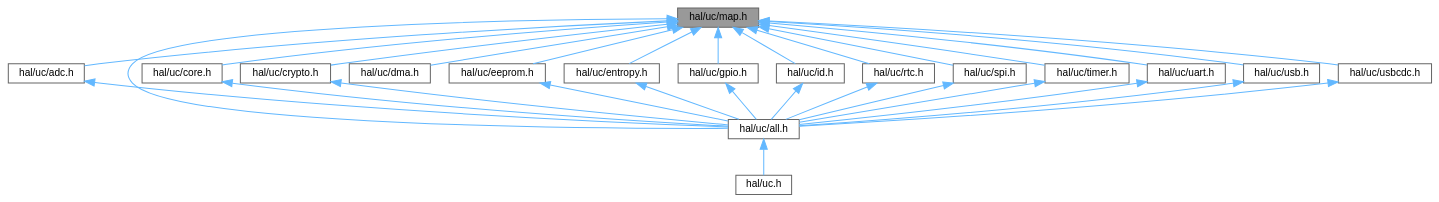
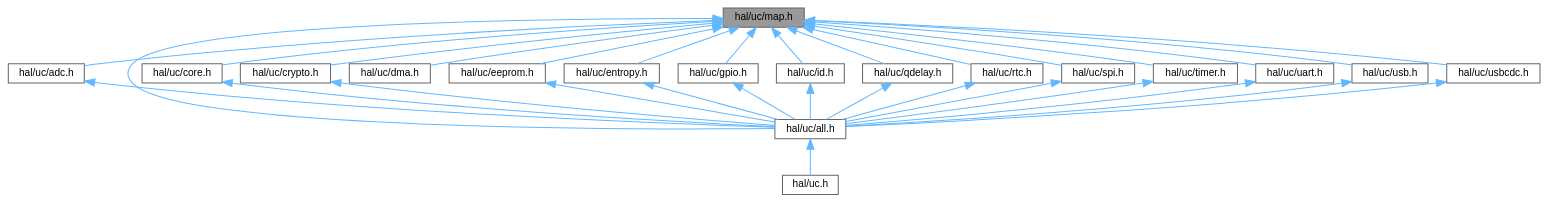
The diagram in map_8h__dep__incl.dot (ebs-universe/piolib-hal-uc), drawn with Graphviz before and after one commit. The commit also changed 188 other files, not shown here.

```diff
--- a/map_8h__dep__incl.dot
+++ b/map_8h__dep__incl.dot
@@ -1,54 +1,57 @@
 digraph "hal/uc/map.h"
 {
  // INTERACTIVE_SVG=YES
  // LATEX_PDF_SIZE
   bgcolor="transparent";
   edge [fontname=Helvetica,fontsize=10,labelfontname=Helvetica,labelfontsize=10];
   node [fontname=Helvetica,fontsize=10,shape=box,height=0.2,width=0.4];
   Node1 [id="Node000001",label="hal/uc/map.h",height=0.2,width=0.4,color="gray40", fillcolor="grey60", style="filled", fontcolor="black",tooltip="HAL for uC Peripheral Map."];
   Node1 -> Node2 [id="edge1_Node000001_Node000002",dir="back",color="steelblue1",style="solid",tooltip=" "];
   Node2 [id="Node000002",label="hal/uc/adc.h",height=0.2,width=0.4,color="grey40", fillcolor="white", style="filled",URL="$uc_2adc_8h.html",tooltip="HAL for uC Internal ADC interfaces."];
   Node2 -> Node3 [id="edge2_Node000002_Node000003",dir="back",color="steelblue1",style="solid",tooltip=" "];
   Node3 [id="Node000003",label="hal/uc/all.h",height=0.2,width=0.4,color="grey40", fillcolor="white", style="filled",URL="$uc_2all_8h.html",tooltip=" "];
   Node3 -> Node4 [id="edge3_Node000003_Node000004",dir="back",color="steelblue1",style="solid",tooltip=" "];
   Node4 [id="Node000004",label="hal/uc.h",height=0.2,width=0.4,color="grey40", fillcolor="white", style="filled",URL="$uc_8h.html",tooltip=" "];
   Node1 -> Node3 [id="edge4_Node000001_Node000003",dir="back",color="steelblue1",style="solid",tooltip=" "];
   Node1 -> Node5 [id="edge5_Node000001_Node000005",dir="back",color="steelblue1",style="solid",tooltip=" "];
   Node5 [id="Node000005",label="hal/uc/core.h",height=0.2,width=0.4,color="grey40", fillcolor="white", style="filled",URL="$core_8h.html",tooltip="HAL for uC Core peripherals."];
   Node5 -> Node3 [id="edge6_Node000005_Node000003",dir="back",color="steelblue1",style="solid",tooltip=" "];
   Node1 -> Node6 [id="edge7_Node000001_Node000006",dir="back",color="steelblue1",style="solid",tooltip=" "];
   Node6 [id="Node000006",label="hal/uc/crypto.h",height=0.2,width=0.4,color="grey40", fillcolor="white", style="filled",URL="$uc_2crypto_8h.html",tooltip=" "];
   Node6 -> Node3 [id="edge8_Node000006_Node000003",dir="back",color="steelblue1",style="solid",tooltip=" "];
   Node1 -> Node7 [id="edge9_Node000001_Node000007",dir="back",color="steelblue1",style="solid",tooltip=" "];
   Node7 [id="Node000007",label="hal/uc/dma.h",height=0.2,width=0.4,color="grey40", fillcolor="white", style="filled",URL="$uc_2dma_8h.html",tooltip="HAL for DMA."];
   Node1 -> Node8 [id="edge10_Node000001_Node000008",dir="back",color="steelblue1",style="solid",tooltip=" "];
   Node8 [id="Node000008",label="hal/uc/eeprom.h",height=0.2,width=0.4,color="grey40", fillcolor="white", style="filled",URL="$eeprom_8h.html",tooltip="HAL for uC EEPROM peripherals."];
   Node8 -> Node3 [id="edge11_Node000008_Node000003",dir="back",color="steelblue1",style="solid",tooltip=" "];
   Node1 -> Node9 [id="edge12_Node000001_Node000009",dir="back",color="steelblue1",style="solid",tooltip=" "];
   Node9 [id="Node000009",label="hal/uc/entropy.h",height=0.2,width=0.4,color="grey40", fillcolor="white", style="filled",URL="$entropy_8h.html",tooltip="HAL for uC entropy source."];
   Node9 -> Node3 [id="edge13_Node000009_Node000003",dir="back",color="steelblue1",style="solid",tooltip=" "];
   Node1 -> Node10 [id="edge14_Node000001_Node000010",dir="back",color="steelblue1",style="solid",tooltip=" "];
   Node10 [id="Node000010",label="hal/uc/gpio.h",height=0.2,width=0.4,color="grey40", fillcolor="white", style="filled",URL="$gpio_8h.html",tooltip="HAL for uC GPIOs."];
   Node10 -> Node3 [id="edge15_Node000010_Node000003",dir="back",color="steelblue1",style="solid",tooltip=" "];
   Node1 -> Node11 [id="edge16_Node000001_Node000011",dir="back",color="steelblue1",style="solid",tooltip=" "];
   Node11 [id="Node000011",label="hal/uc/id.h",height=0.2,width=0.4,color="grey40", fillcolor="white", style="filled",URL="$id_8h.html",tooltip="HAL for uC ID."];
   Node11 -> Node3 [id="edge17_Node000011_Node000003",dir="back",color="steelblue1",style="solid",tooltip=" "];
   Node1 -> Node12 [id="edge18_Node000001_Node000012",dir="back",color="steelblue1",style="solid",tooltip=" "];
-  Node12 [id="Node000012",label="hal/uc/rtc.h",height=0.2,width=0.4,color="grey40", fillcolor="white", style="filled",URL="$uc_2rtc_8h.html",tooltip="HAL for uC RTCs."];
+  Node12 [id="Node000012",label="hal/uc/qdelay.h",height=0.2,width=0.4,color="grey40", fillcolor="white", style="filled",URL="$uc_2qdelay_8h.html",tooltip="HAL for Quick Delay."];
   Node12 -> Node3 [id="edge19_Node000012_Node000003",dir="back",color="steelblue1",style="solid",tooltip=" "];
   Node1 -> Node13 [id="edge20_Node000001_Node000013",dir="back",color="steelblue1",style="solid",tooltip=" "];
-  Node13 [id="Node000013",label="hal/uc/spi.h",height=0.2,width=0.4,color="grey40", fillcolor="white", style="filled",URL="$spi_8h.html",tooltip="HAL for SPI interfaces."];
+  Node13 [id="Node000013",label="hal/uc/rtc.h",height=0.2,width=0.4,color="grey40", fillcolor="white", style="filled",URL="$uc_2rtc_8h.html",tooltip="HAL for uC RTCs."];
   Node13 -> Node3 [id="edge21_Node000013_Node000003",dir="back",color="steelblue1",style="solid",tooltip=" "];
   Node1 -> Node14 [id="edge22_Node000001_Node000014",dir="back",color="steelblue1",style="solid",tooltip=" "];
-  Node14 [id="Node000014",label="hal/uc/timer.h",height=0.2,width=0.4,color="grey40", fillcolor="white", style="filled",URL="$uc_2timer_8h.html",tooltip="HAL for uC Timers."];
+  Node14 [id="Node000014",label="hal/uc/spi.h",height=0.2,width=0.4,color="grey40", fillcolor="white", style="filled",URL="$spi_8h.html",tooltip="HAL for SPI interfaces."];
   Node14 -> Node3 [id="edge23_Node000014_Node000003",dir="back",color="steelblue1",style="solid",tooltip=" "];
   Node1 -> Node15 [id="edge24_Node000001_Node000015",dir="back",color="steelblue1",style="solid",tooltip=" "];
-  Node15 [id="Node000015",label="hal/uc/uart.h",height=0.2,width=0.4,color="grey40", fillcolor="white", style="filled",URL="$uc_2uart_8h.html",tooltip=" "];
+  Node15 [id="Node000015",label="hal/uc/timer.h",height=0.2,width=0.4,color="grey40", fillcolor="white", style="filled",URL="$uc_2timer_8h.html",tooltip="HAL for uC Timers."];
   Node15 -> Node3 [id="edge25_Node000015_Node000003",dir="back",color="steelblue1",style="solid",tooltip=" "];
   Node1 -> Node16 [id="edge26_Node000001_Node000016",dir="back",color="steelblue1",style="solid",tooltip=" "];
-  Node16 [id="Node000016",label="hal/uc/usb.h",height=0.2,width=0.4,color="grey40", fillcolor="white", style="filled",URL="$usb_8h.html",tooltip="HAL for USB interface."];
+  Node16 [id="Node000016",label="hal/uc/uart.h",height=0.2,width=0.4,color="grey40", fillcolor="white", style="filled",URL="$uc_2uart_8h.html",tooltip=" "];
   Node16 -> Node3 [id="edge27_Node000016_Node000003",dir="back",color="steelblue1",style="solid",tooltip=" "];
   Node1 -> Node17 [id="edge28_Node000001_Node000017",dir="back",color="steelblue1",style="solid",tooltip=" "];
-  Node17 [id="Node000017",label="hal/uc/usbcdc.h",height=0.2,width=0.4,color="grey40", fillcolor="white", style="filled",URL="$usbcdc_8h.html",tooltip="HAL for USB CDC interface."];
+  Node17 [id="Node000017",label="hal/uc/usb.h",height=0.2,width=0.4,color="grey40", fillcolor="white", style="filled",URL="$usb_8h.html",tooltip="HAL for USB interface."];
   Node17 -> Node3 [id="edge29_Node000017_Node000003",dir="back",color="steelblue1",style="solid",tooltip=" "];
+  Node1 -> Node18 [id="edge30_Node000001_Node000018",dir="back",color="steelblue1",style="solid",tooltip=" "];
+  Node18 [id="Node000018",label="hal/uc/usbcdc.h",height=0.2,width=0.4,color="grey40", fillcolor="white", style="filled",URL="$usbcdc_8h.html",tooltip="HAL for USB CDC interface."];
+  Node18 -> Node3 [id="edge31_Node000018_Node000003",dir="back",color="steelblue1",style="solid",tooltip=" "];
 }
```
